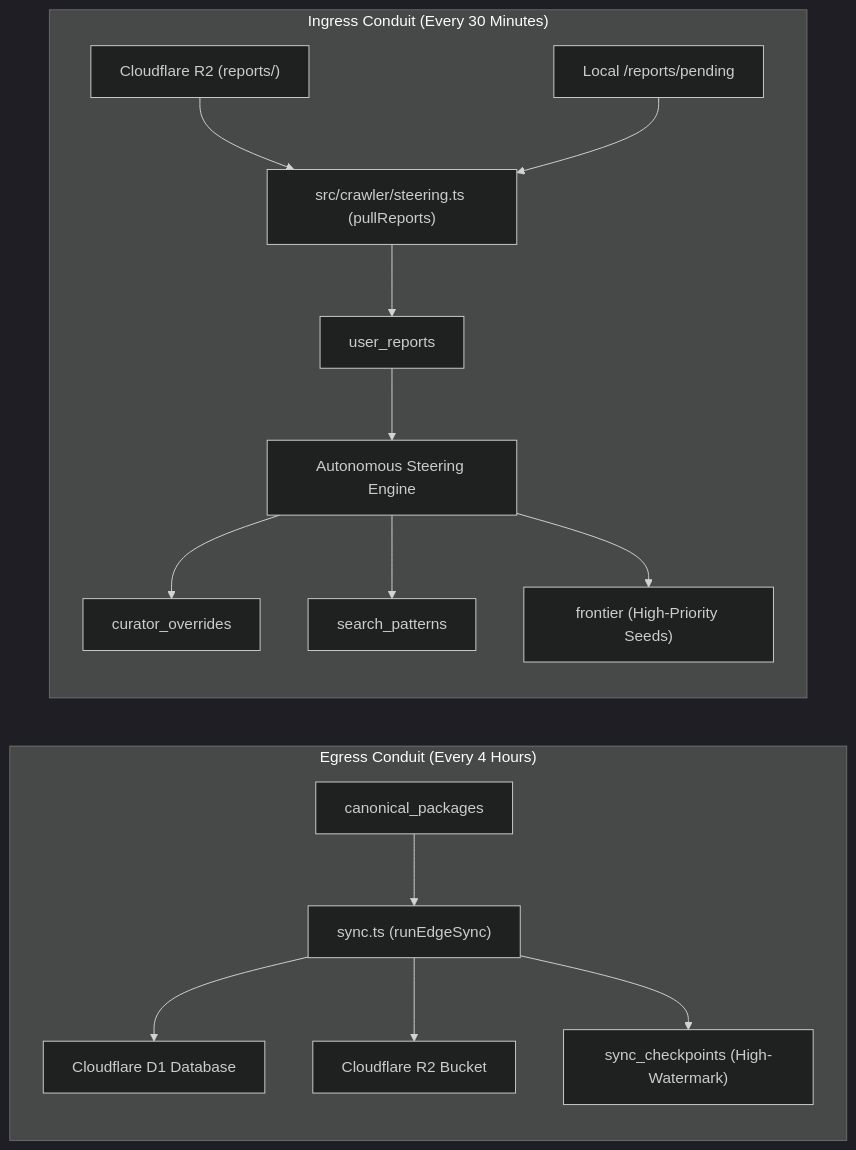
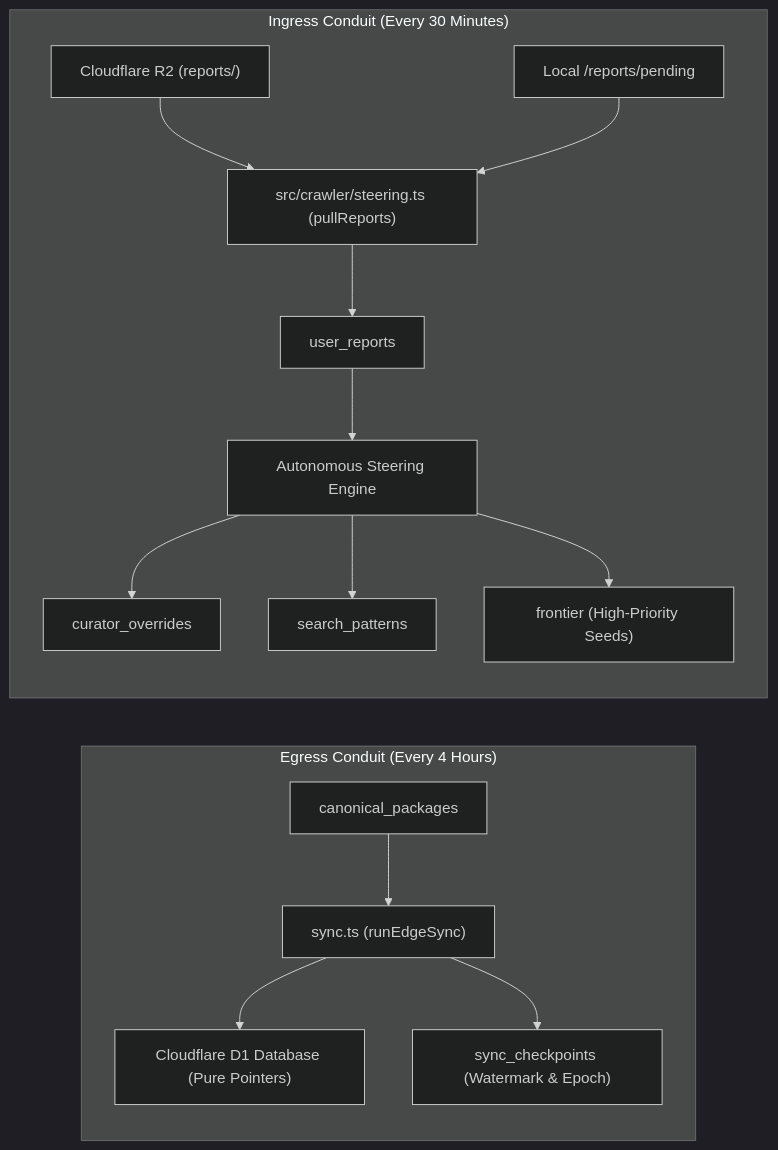
Before and after one commit to SlamTheDragon/vrc-package-crawler: the third of 3 diagrams in docs/COMPREHENSIVE_SYSTEM_ARCHITECTURE.md, drawn with Mermaid (dark theme). The commit also changed other lines of this file and 26 other files, not shown here.

````diff
--- a/docs/COMPREHENSIVE_SYSTEM_ARCHITECTURE.md
+++ b/docs/COMPREHENSIVE_SYSTEM_ARCHITECTURE.md
@@ -119,19 +120,18 @@
 ```mermaid
 flowchart LR
     subgraph Egress ["Egress Conduit (Every 4 Hours)"]
         CP["canonical_packages"] --> Sync["sync.ts (runEdgeSync)"]
-        Sync --> D1["Cloudflare D1 Database"]
-        Sync --> R2["Cloudflare R2 Bucket"]
-        Sync --> CP_Check["sync_checkpoints (High-Watermark)"]
+        Sync --> D1["Cloudflare D1 Database (Pure Pointers)"]
+        Sync --> CP_Check["sync_checkpoints (Watermark & Epoch)"]
     end
 
     subgraph Ingress ["Ingress Conduit (Every 30 Minutes)"]
         CF_R2["Cloudflare R2 (reports/)"] --> Pull["src/crawler/steering.ts (pullReports)"]
         Local["Local /reports/pending"] --> Pull
         Pull --> Buffer["user_reports"]
         Buffer --> Engine["Autonomous Steering Engine"]
         Engine --> Overrides["curator_overrides"]
         Engine --> Patterns["search_patterns"]
         Engine --> Frontier["frontier (High-Priority Seeds)"]
     end
 ```
````
